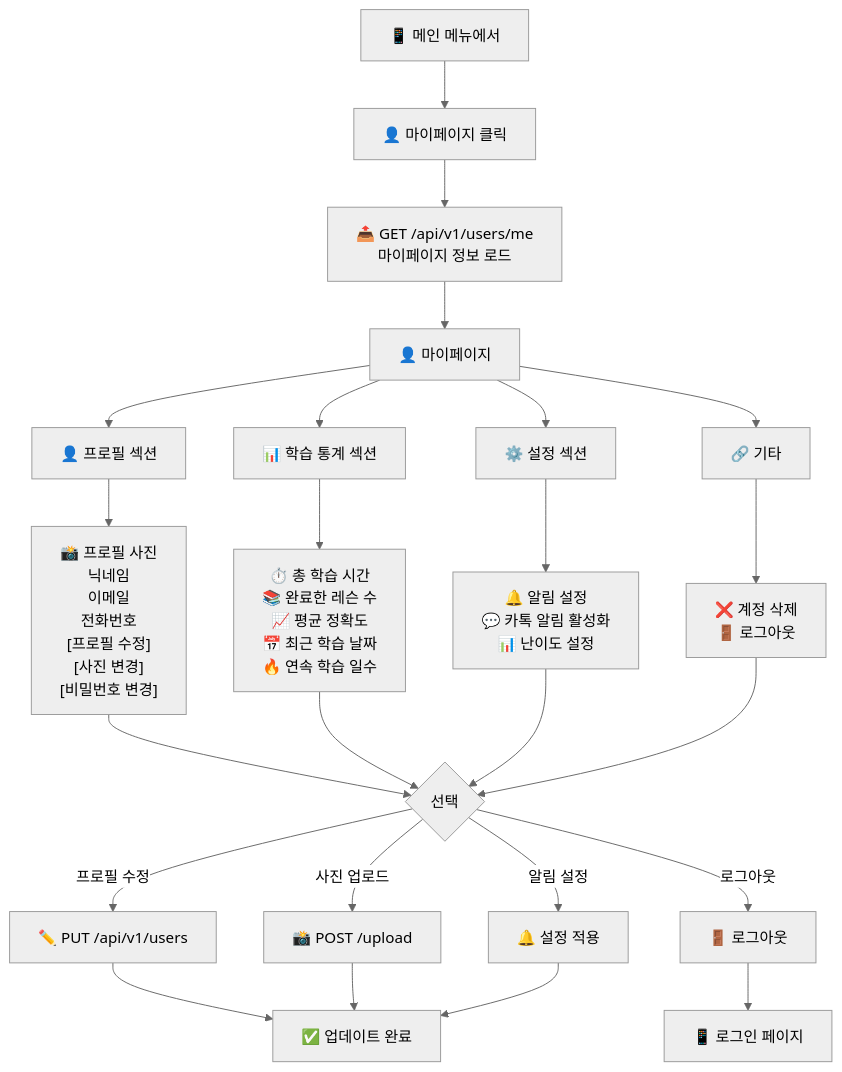
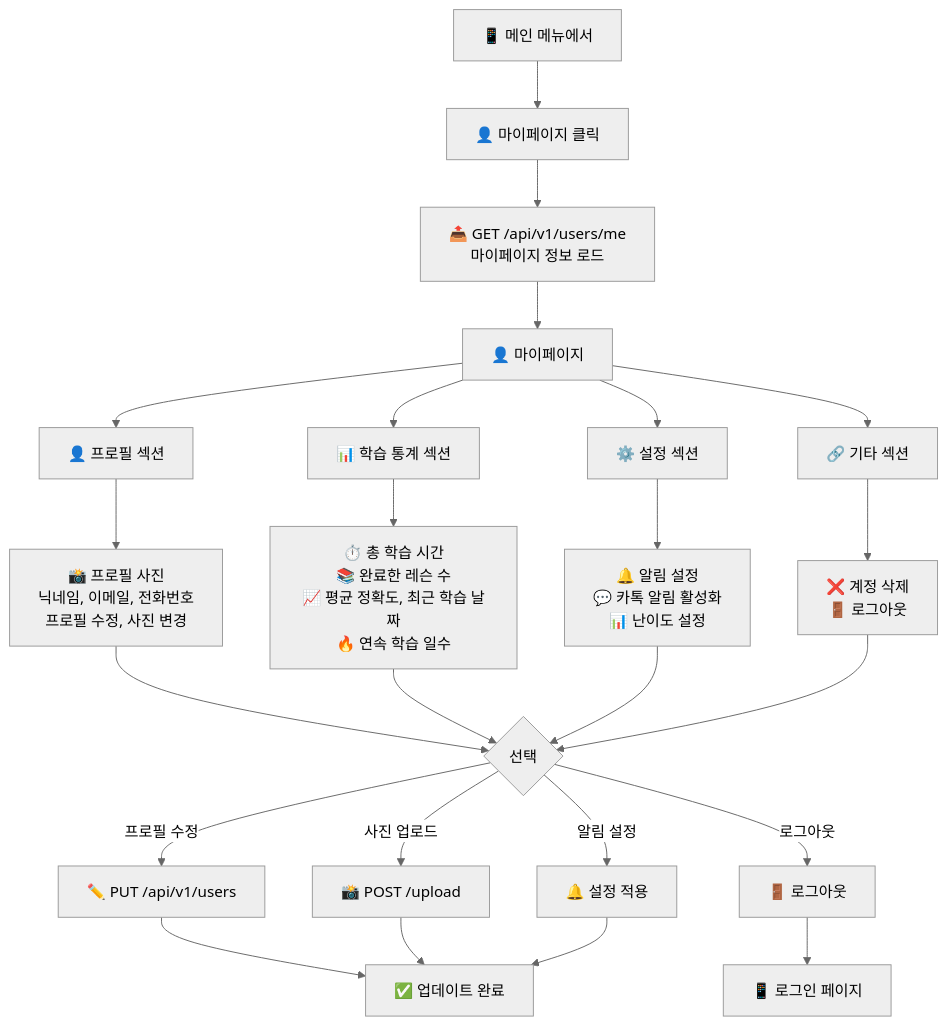
One commit to hamonia777/Real-time-sign-language-translation-service-Backend changed the seventh of 15 diagrams in doc/USER_FLOW.md. Above: the diagram before and after it, drawn with Mermaid (neutral theme). The commit also changed other lines of this file, not shown here.

Commit message:
FIX : mermaid 코드 에러 수정

````diff
--- a/doc/USER_FLOW.md
+++ b/doc/USER_FLOW.md
@@ -160,26 +171,26 @@
 ```mermaid
 graph TD
     A["📱 메인 메뉴에서"] --> B["👤 마이페이지 클릭"]
     B --> C["📤 GET /api/v1/users/me<br/>마이페이지 정보 로드"]
     C --> D["👤 마이페이지"]
-    D --> E["👤 프로필 섹션"]
-    D --> F["📊 학습 통계 섹션"]
-    D --> G["⚙️ 설정 섹션"]
-    D --> H["🔗 기타"]
-    E --> E1["📸 프로필 사진<br/>닉네임<br/>이메일<br/>전화번호<br/>[프로필 수정]<br/>[사진 변경]<br/>[비밀번호 변경]"]
-    F --> F1["⏱️ 총 학습 시간<br/>📚 완료한 레슨 수<br/>📈 평균 정확도<br/>📅 최근 학습 날짜<br/>🔥 연속 학습 일수"]
-    G --> G1["🔔 알림 설정<br/>💬 카톡 알림 활성화<br/>📊 난이도 설정"]
-    H --> H1["❌ 계정 삭제<br/>🚪 로그아웃"]
-    E1 --> I{선택}
-    F1 --> I
-    G1 --> I
-    H1 --> I
-    I -->|프로필 수정| J["✏️ PUT /api/v1/users"]
-    I -->|사진 업로드| K["📸 POST /upload"]
-    I -->|알림 설정| L["🔔 설정 적용"]
-    I -->|로그아웃| M["🚪 로그아웃"]
-    J --> N["✅ 업데이트 완료"]
-    K --> N
-    L --> N
-    M --> O["📱 로그인 페이지"]
+    D --> E1["👤 프로필 섹션"]
+    D --> E2["📊 학습 통계 섹션"]
+    D --> E3["⚙️ 설정 섹션"]
+    D --> E4["🔗 기타 섹션"]
+    E1 --> F1["📸 프로필 사진<br/>닉네임, 이메일, 전화번호<br/>프로필 수정, 사진 변경"]
+    E2 --> F2["⏱️ 총 학습 시간<br/>📚 완료한 레슨 수<br/>📈 평균 정확도, 최근 학습 날짜<br/>🔥 연속 학습 일수"]
+    E3 --> F3["🔔 알림 설정<br/>💬 카톡 알림 활성화<br/>📊 난이도 설정"]
+    E4 --> F4["❌ 계정 삭제<br/>🚪 로그아웃"]
+    F1 --> G{선택}
+    F2 --> G
+    F3 --> G
+    F4 --> G
+    G -->|프로필 수정| H1["✏️ PUT /api/v1/users"]
+    G -->|사진 업로드| H2["📸 POST /upload"]
+    G -->|알림 설정| H3["🔔 설정 적용"]
+    G -->|로그아웃| H4["🚪 로그아웃"]
+    H1 --> I["✅ 업데이트 완료"]
+    H2 --> I
+    H3 --> I
+    H4 --> J["📱 로그인 페이지"]
 ```
````
